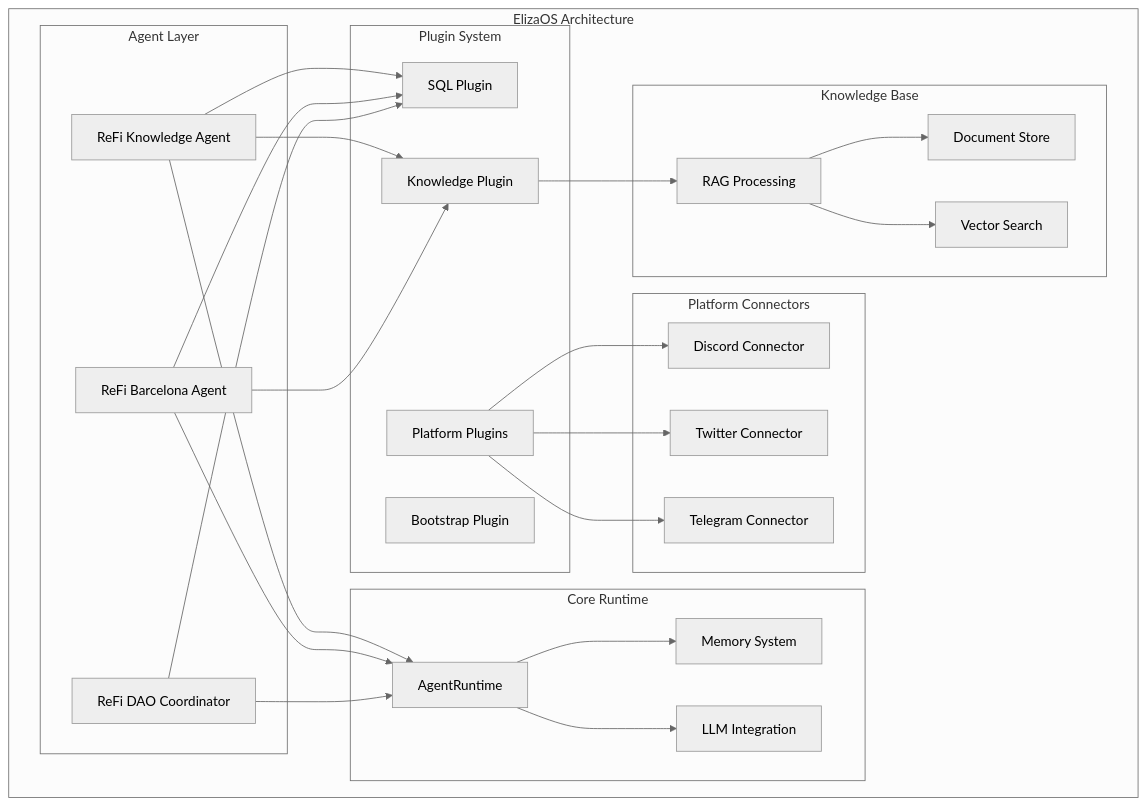
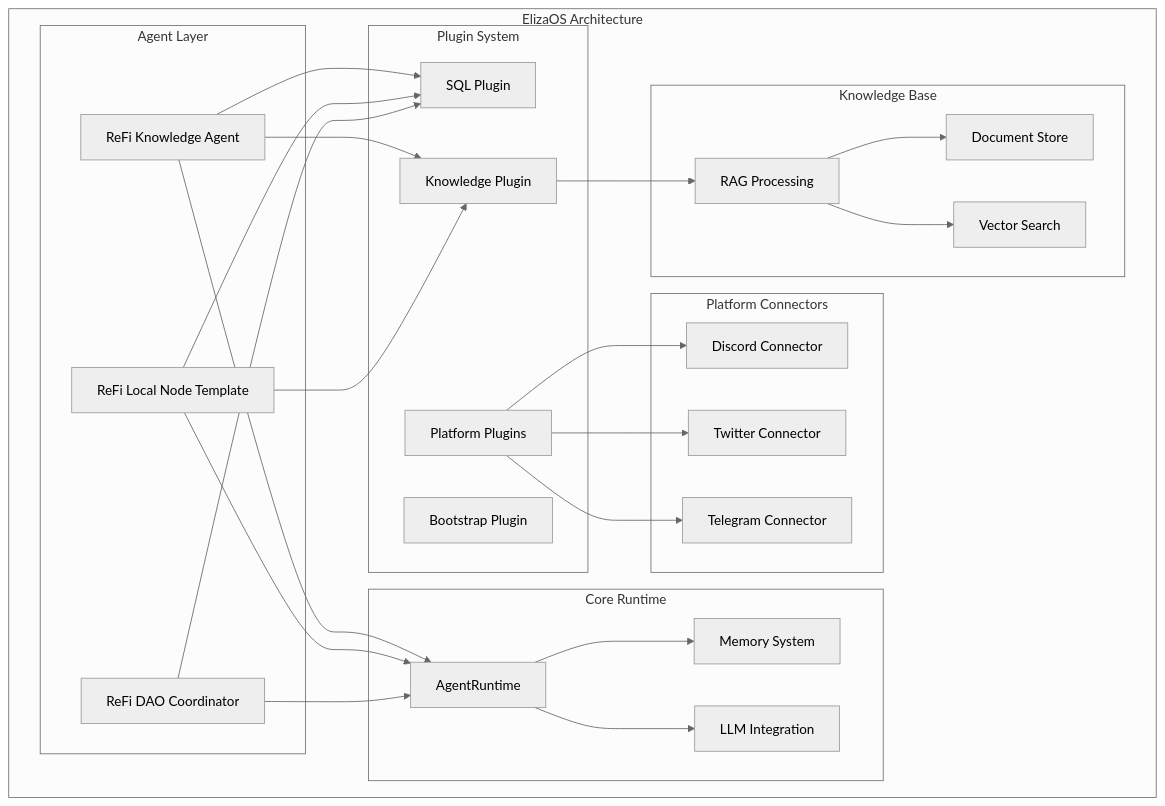
The eighth of 9 diagrams in README.md (ReFiDAO/regen_eliza-refi_dao), drawn with Mermaid (neutral theme) before and after one commit. The commit also changed other lines of this file, not shown here.

First line of the commit message:
docs: update README to reflect refi-local-node-template and improve diagram vertical flow

````diff
--- a/README.md
+++ b/README.md
@@ -739,56 +762,56 @@
 ```mermaid
 graph TB
     subgraph "ElizaOS Architecture"
         subgraph "Agent Layer"
             A1[ReFi Knowledge Agent]
-            A2[ReFi Barcelona Agent]  
+            A2[ReFi Local Node Template]  
             A3[ReFi DAO Coordinator]
         end
         
         subgraph "Plugin System"
             P1[SQL Plugin]
             P2[Knowledge Plugin]
             P3[Platform Plugins]
             P4[Bootstrap Plugin]
         end
         
         subgraph "Platform Connectors"
             PC1[Discord Connector]
             PC2[Twitter Connector]
             PC3[Telegram Connector]
         end
         
         subgraph "Core Runtime"
             CR1[AgentRuntime]
             CR2[Memory System]
             CR3[LLM Integration]
         end
         
         subgraph "Knowledge Base"
             KB1[RAG Processing]
             KB2[Document Store]
             KB3[Vector Search]
         end
     end
     
     A1 --> P1
     A1 --> P2
     A2 --> P1
     A2 --> P2
     A3 --> P1
     
     P3 --> PC1
     P3 --> PC2
     P3 --> PC3
     
     A1 --> CR1
     A2 --> CR1
     A3 --> CR1
     
     CR1 --> CR2
     CR1 --> CR3
     
     P2 --> KB1
     KB1 --> KB2
     KB1 --> KB3
 ```
````
